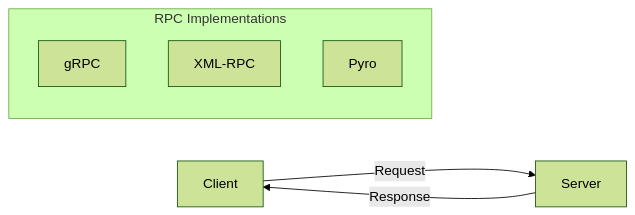
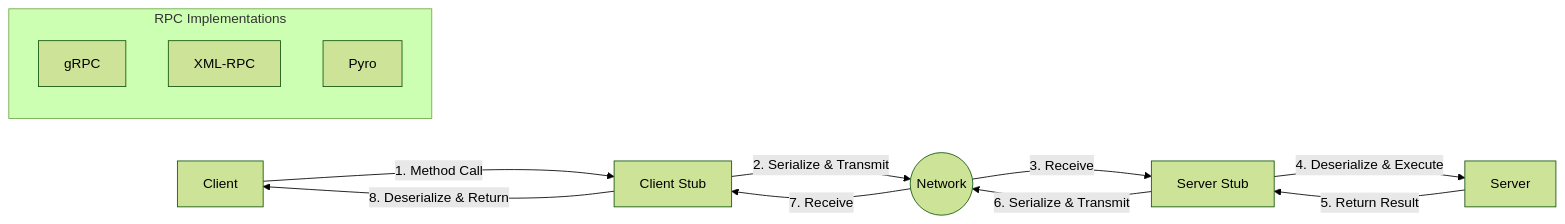
Before and after one commit to Asim-Shah-2004/Distributed_Computing: the first of 8 diagrams in README.md, drawn with Mermaid (forest theme). The commit also changed other lines of this file, not shown here.

````diff
--- a/README.md
+++ b/README.md
@@ -18,10 +36,17 @@
 ```mermaid
 graph LR
-    Client[Client] -->|Request| Server[Server]
-    Server -->|Response| Client
+    Client[Client] -->|"1. Method Call"| Stub[Client Stub]
+    Stub -->|"2. Serialize & Transmit"| Network((Network))
+    Network -->|"3. Receive"| ServerStub[Server Stub]
+    ServerStub -->|"4. Deserialize & Execute"| Server[Server]
+    Server -->|"5. Return Result"| ServerStub
+    ServerStub -->|"6. Serialize & Transmit"| Network
+    Network -->|"7. Receive"| Stub
+    Stub -->|"8. Deserialize & Return"| Client
+    
     subgraph "RPC Implementations"
     gRPC[gRPC]
     XML[XML-RPC]
     Pyro[Pyro]
     end
 ```
````
